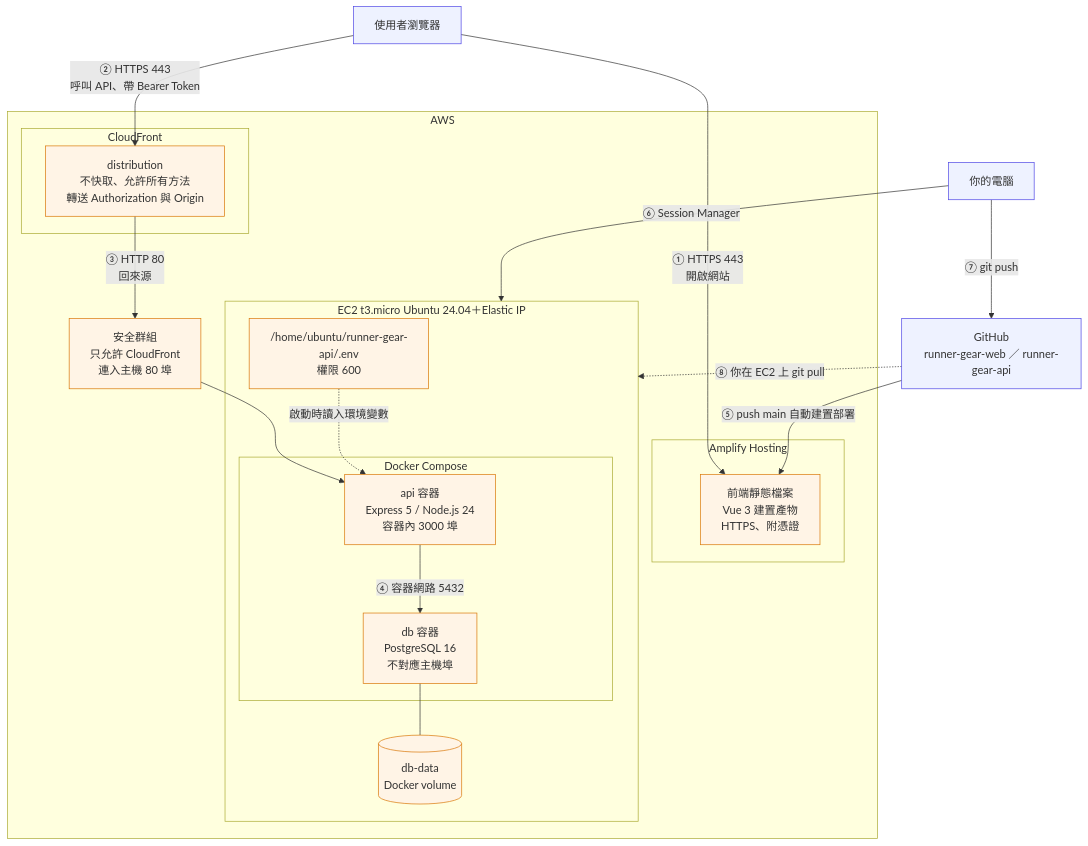
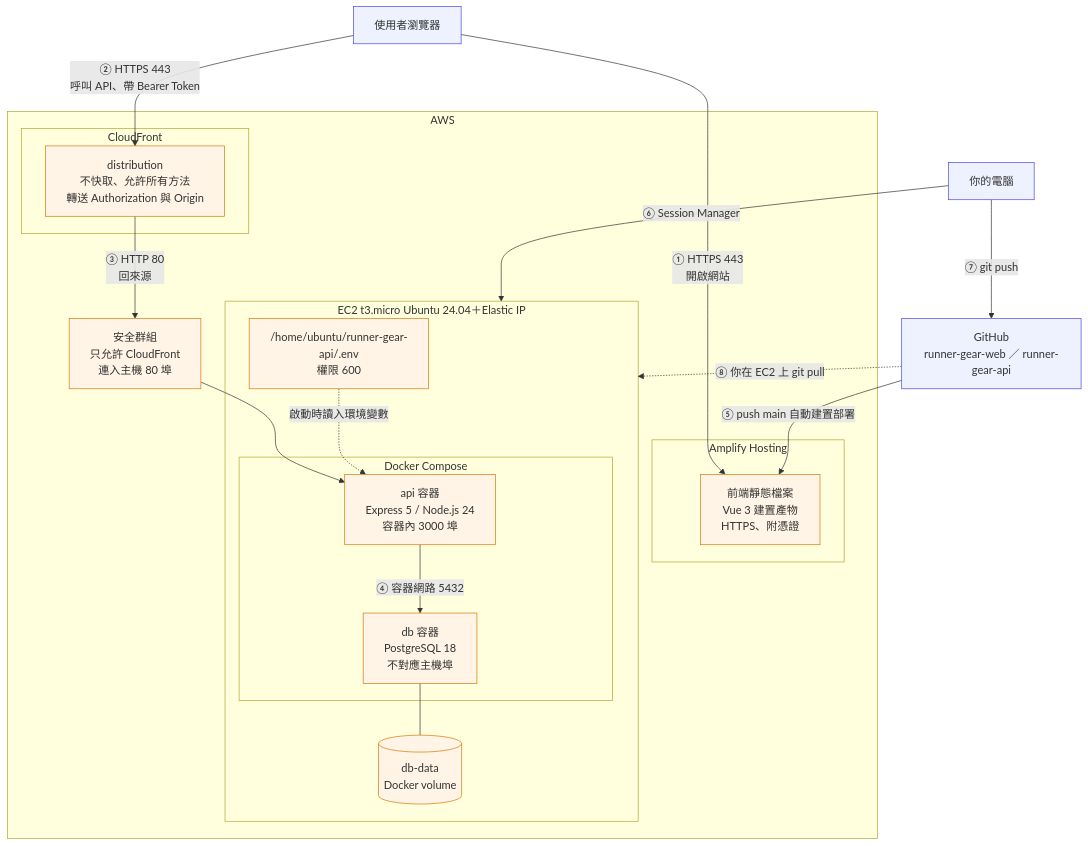
The first of 2 diagrams in docs/architecture.md (hy0210/runner-gear-api), drawn with Mermaid before and after one commit. The commit also changed other lines of this file, not shown here.

Commit message:
docs: 架構圖的資料庫版本同步為 PostgreSQL 18 (#11)

````diff
--- a/docs/architecture.md
+++ b/docs/architecture.md
@@ -7,46 +7,46 @@
 ```mermaid
 flowchart TB
     browser["使用者瀏覽器"]
 
     subgraph aws["AWS"]
         subgraph amplify["Amplify Hosting"]
             web["前端靜態檔案<br/>Vue 3 建置產物<br/>HTTPS、附憑證"]
         end
 
         subgraph cfront["CloudFront"]
             dist["distribution<br/>不快取、允許所有方法<br/>轉送 Authorization 與 Origin"]
         end
 
         subgraph ec2["EC2 t3.micro Ubuntu 24.04＋Elastic IP"]
             subgraph compose["Docker Compose"]
                 api["api 容器<br/>Express 5 / Node.js 24<br/>容器內 3000 埠"]
-                db["db 容器<br/>PostgreSQL 16<br/>不對應主機埠"]
+                db["db 容器<br/>PostgreSQL 18<br/>不對應主機埠"]
             end
             volume[("db-data<br/>Docker volume")]
             envfile["/home/ubuntu/runner-gear-api/.env<br/>權限 600"]
         end
 
         sg["安全群組<br/>只允許 CloudFront<br/>連入主機 80 埠"]
     end
 
     github["GitHub<br/>runner-gear-web ／ runner-gear-api"]
     dev["你的電腦"]
 
     browser -->|"① HTTPS 443<br/>開啟網站"| web
     browser -->|"② HTTPS 443<br/>呼叫 API、帶 Bearer Token"| dist
     dist -->|"③ HTTP 80<br/>回來源"| sg
     sg --> api
     api -->|"④ 容器網路 5432"| db
     db --- volume
     envfile -.->|"啟動時讀入環境變數"| api
 
     github -->|"⑤ push main 自動建置部署"| web
     dev -->|"⑥ Session Manager"| ec2
     dev -->|"⑦ git push"| github
     github -.->|"⑧ 你在 EC2 上 git pull"| ec2
 
     classDef aws fill:#fff4e6,stroke:#d97706
     classDef ext fill:#eef2ff,stroke:#4f46e5
     class web,dist,api,db,volume,envfile,sg aws
     class github,dev,browser ext
 ```
````
